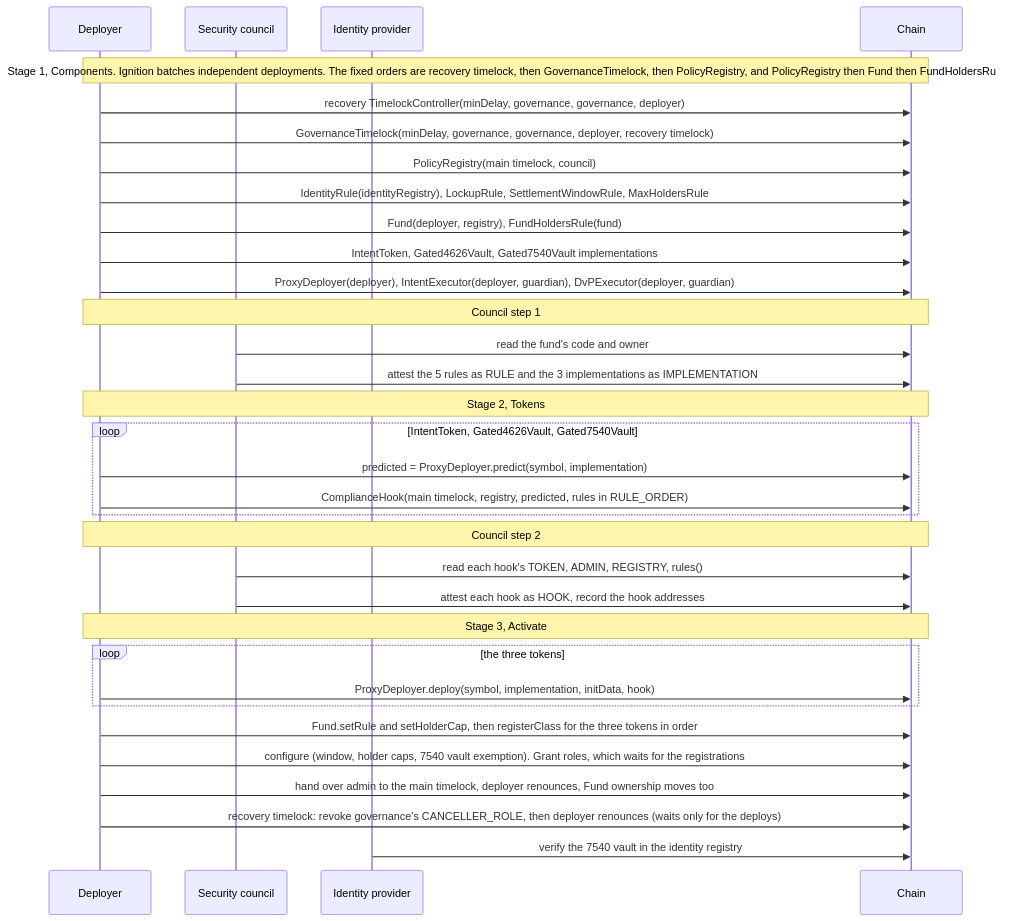
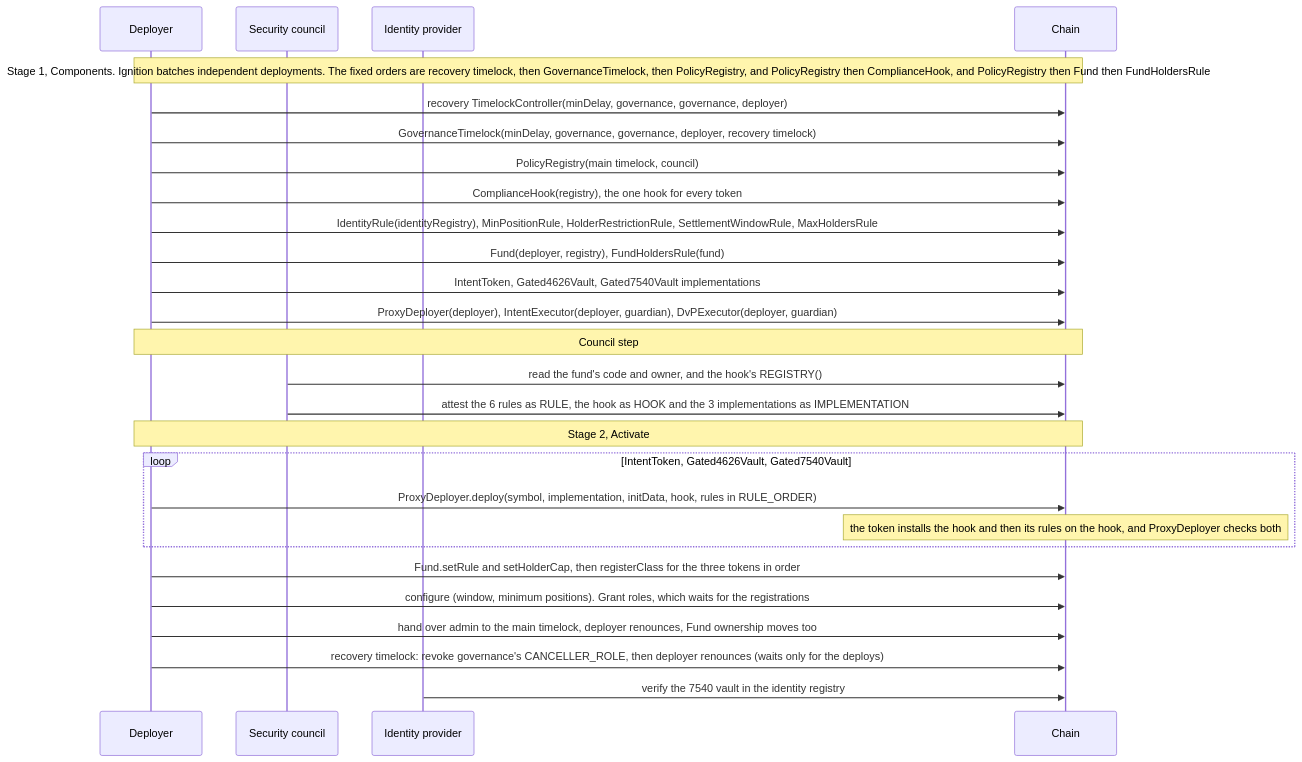
One commit to fepvenancio/rwa-token changed the sixth of 6 diagrams in docs/governance-and-deployment.md. Above: the diagram before and after it, drawn with Mermaid. The commit also changed other lines of this file and 13 other files, not shown here.

````diff
--- a/docs/governance-and-deployment.md
+++ b/docs/governance-and-deployment.md
@@ -242,40 +342,32 @@
 ```mermaid
 sequenceDiagram
   participant D as Deployer
   participant Co as Security council
   participant IP as Identity provider
   participant Ch as Chain
 
-  Note over D,Ch: Stage 1, Components. Ignition batches independent deployments. The fixed orders are recovery timelock, then GovernanceTimelock, then PolicyRegistry, and PolicyRegistry then Fund then FundHoldersRule
+  Note over D,Ch: Stage 1, Components. Ignition batches independent deployments. The fixed orders are recovery timelock, then GovernanceTimelock, then PolicyRegistry, and PolicyRegistry then ComplianceHook, and PolicyRegistry then Fund then FundHoldersRule
   D->>Ch: recovery TimelockController(minDelay, governance, governance, deployer)
   D->>Ch: GovernanceTimelock(minDelay, governance, governance, deployer, recovery timelock)
   D->>Ch: PolicyRegistry(main timelock, council)
-  D->>Ch: IdentityRule(identityRegistry), LockupRule, SettlementWindowRule, MaxHoldersRule
+  D->>Ch: ComplianceHook(registry), the one hook for every token
+  D->>Ch: IdentityRule(identityRegistry), MinPositionRule, HolderRestrictionRule, SettlementWindowRule, MaxHoldersRule
   D->>Ch: Fund(deployer, registry), FundHoldersRule(fund)
   D->>Ch: IntentToken, Gated4626Vault, Gated7540Vault implementations
   D->>Ch: ProxyDeployer(deployer), IntentExecutor(deployer, guardian), DvPExecutor(deployer, guardian)
 
-  Note over D,Ch: Council step 1
-  Co->>Ch: read the fund's code and owner
-  Co->>Ch: attest the 5 rules as RULE and the 3 implementations as IMPLEMENTATION
+  Note over D,Ch: Council step
+  Co->>Ch: read the fund's code and owner, and the hook's REGISTRY()
+  Co->>Ch: attest the 6 rules as RULE, the hook as HOOK and the 3 implementations as IMPLEMENTATION
 
-  Note over D,Ch: Stage 2, Tokens
+  Note over D,Ch: Stage 2, Activate
   loop IntentToken, Gated4626Vault, Gated7540Vault
-    D->>Ch: predicted = ProxyDeployer.predict(symbol, implementation)
-    D->>Ch: ComplianceHook(main timelock, registry, predicted, rules in RULE_ORDER)
-  end
-
-  Note over D,Ch: Council step 2
-  Co->>Ch: read each hook's TOKEN, ADMIN, REGISTRY, rules()
-  Co->>Ch: attest each hook as HOOK, record the hook addresses
-
-  Note over D,Ch: Stage 3, Activate
-  loop the three tokens
-    D->>Ch: ProxyDeployer.deploy(symbol, implementation, initData, hook)
+    D->>Ch: ProxyDeployer.deploy(symbol, implementation, initData, hook, rules in RULE_ORDER)
+    Note over Ch: the token installs the hook and then its rules on the hook, and ProxyDeployer checks both
   end
   D->>Ch: Fund.setRule and setHolderCap, then registerClass for the three tokens in order
-  D->>Ch: configure (window, holder caps, 7540 vault exemption). Grant roles, which waits for the registrations
+  D->>Ch: configure (window, minimum positions). Grant roles, which waits for the registrations
   D->>Ch: hand over admin to the main timelock, deployer renounces, Fund ownership moves too
   D->>Ch: recovery timelock: revoke governance's CANCELLER_ROLE, then deployer renounces (waits only for the deploys)
   IP->>Ch: verify the 7540 vault in the identity registry
 ```
````
